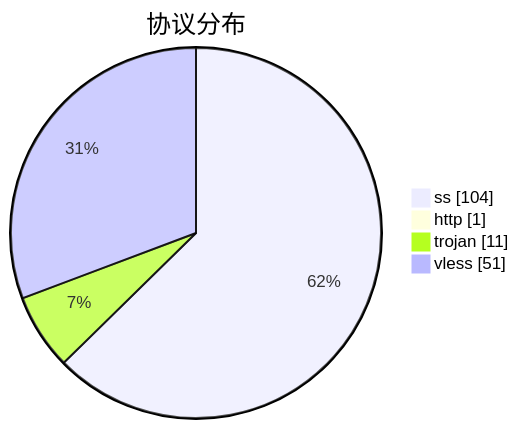
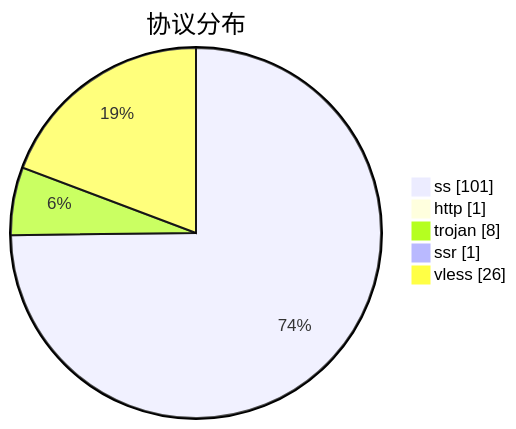
Before and after one commit to qjlxg/airport: the third of 3 diagrams in subs/statistics/tested_within.md, drawn with Mermaid. The commit also changed other lines of this file and 2 other files, not shown here.

````diff
--- a/subs/statistics/tested_within.md
+++ b/subs/statistics/tested_within.md
@@ -17,8 +16,9 @@
 ```mermaid
 pie showData
 title 协议分布
-"ss" : 104
+"ss" : 101
 "http" : 1
-"trojan" : 11
-"vless" : 51
+"trojan" : 8
+"ssr" : 1
+"vless" : 26
 ```
````
